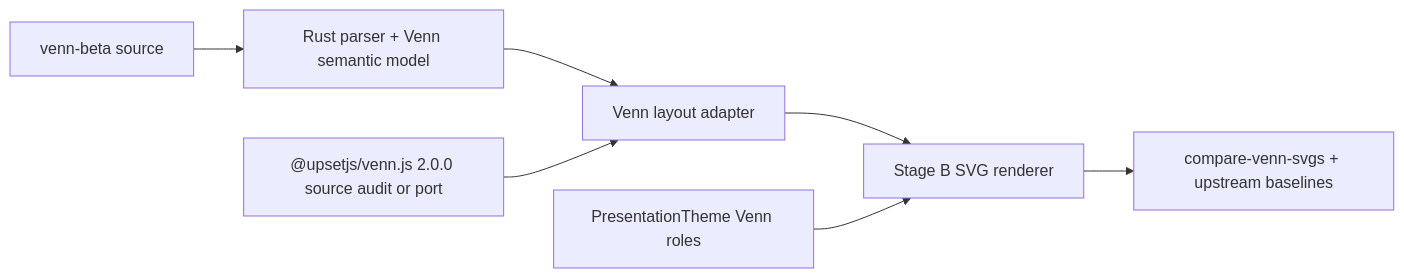
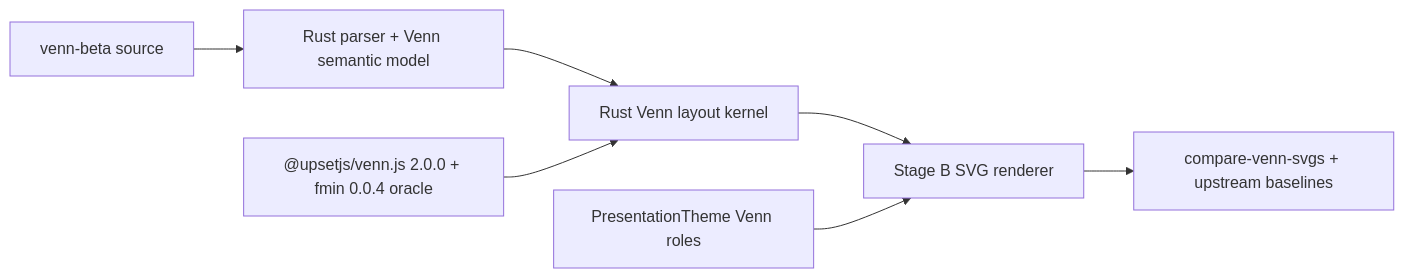
One commit to Latias94/merman changed the diagram in docs/alignment/VENN_BETA_ADMISSION_PLAN.md. Above: the diagram before and after it, drawn with Mermaid. The commit also changed other lines of this file and 3 other files, not shown here.

Commit message:
docs(alignment): record venn layout audit

````diff
--- a/docs/alignment/VENN_BETA_ADMISSION_PLAN.md
+++ b/docs/alignment/VENN_BETA_ADMISSION_PLAN.md
@@ -30,9 +44,9 @@
 ```mermaid
 flowchart LR
     Source["venn-beta source"] --> Parser["Rust parser + Venn semantic model"]
-    Parser --> Layout["Venn layout adapter"]
+    Parser --> Layout["Rust Venn layout kernel"]
     Layout --> Svg["Stage B SVG renderer"]
     Theme["PresentationTheme Venn roles"] --> Svg
-    Upstream["@upsetjs/venn.js 2.0.0 source audit or port"] --> Layout
+    Upstream["@upsetjs/venn.js 2.0.0 + fmin 0.0.4 oracle"] --> Layout
     Svg --> Compare["compare-venn-svgs + upstream baselines"]
 ```
````
